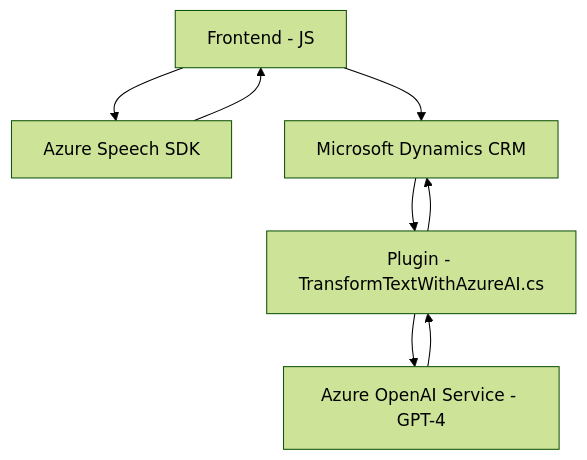
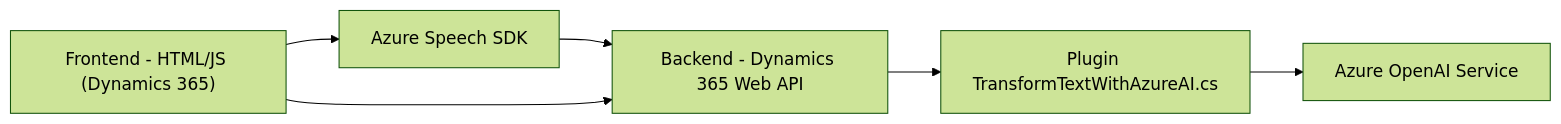
Before and after one commit to blopezdm/NETCORE_BILBAO2025: the diagram in README.md, drawn with Mermaid (forest theme). The commit also changed other lines of this file, not shown here.

````diff
--- a/README.md
+++ b/README.md
@@ -63,10 +43,14 @@
 ```mermaid
-graph TD
-    A["Frontend - JS"] --> B["Azure Speech SDK"]
-    A --> C["Microsoft Dynamics CRM"]
-    B --> A
-    C --> D["Plugin - TransformTextWithAzureAI.cs"]
-    D --> E["Azure OpenAI Service - GPT-4"]
-    D --> C
-    E --> D
+graph LR
+    A["Frontend - HTML/JS (Dynamics 365)"]
+    B["Azure Speech SDK"]
+    C["Azure OpenAI Service"]
+    D["Backend - Dynamics 365 Web API"]
+    E["Plugin TransformTextWithAzureAI.cs"]
+
+    A --> B
+    B --> D
+    A --> D
+    D --> E
+    E --> C
 ```
````
